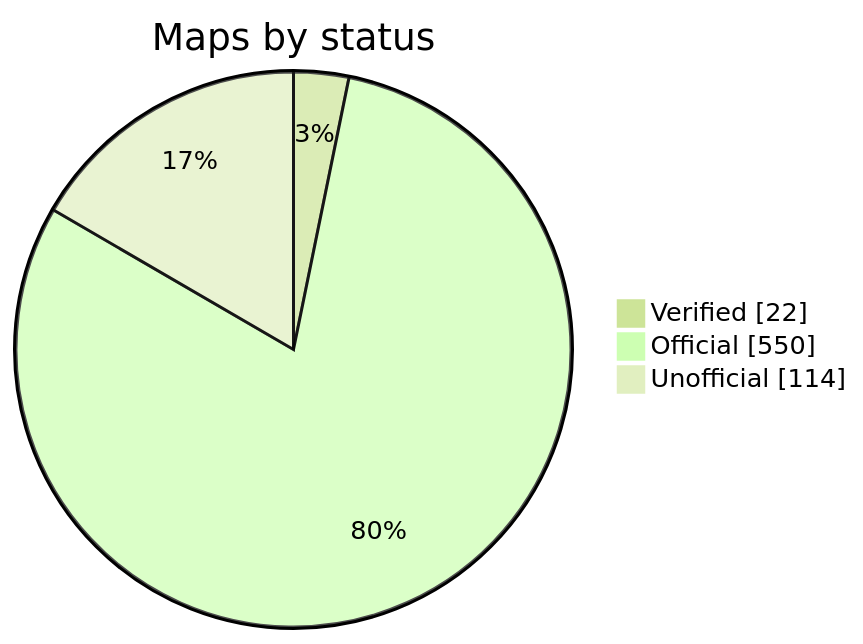
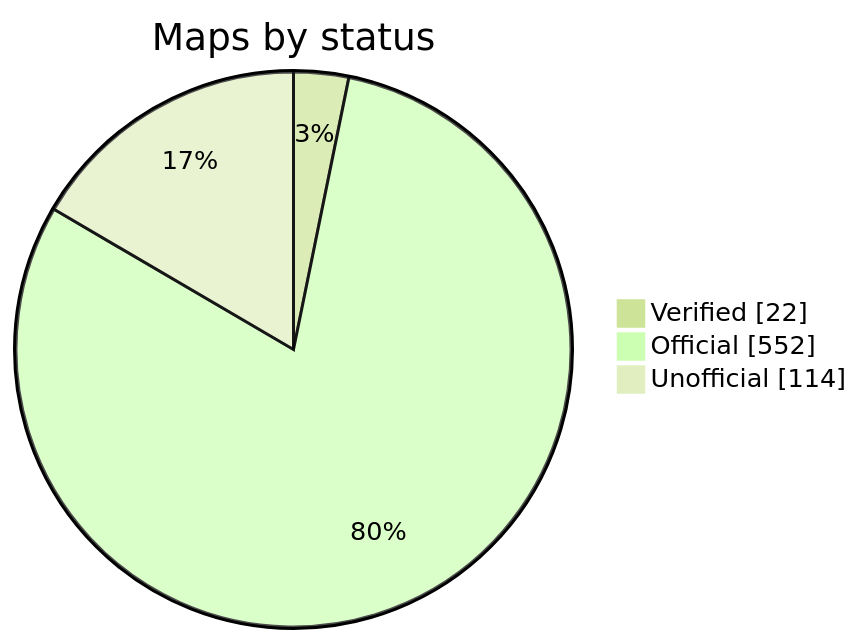
The diagram in README.md (nobrega8/mbmap-library), drawn with Mermaid (forest theme) before and after one commit. The commit also changed 7 other files, not shown here.

````diff
--- a/README.md
+++ b/README.md
@@ -52,7 +52,7 @@
 ```mermaid
 pie showData
     title Maps by status
     "Verified" : 22
-    "Official" : 550
+    "Official" : 552
     "Unofficial" : 114
 ```
````
